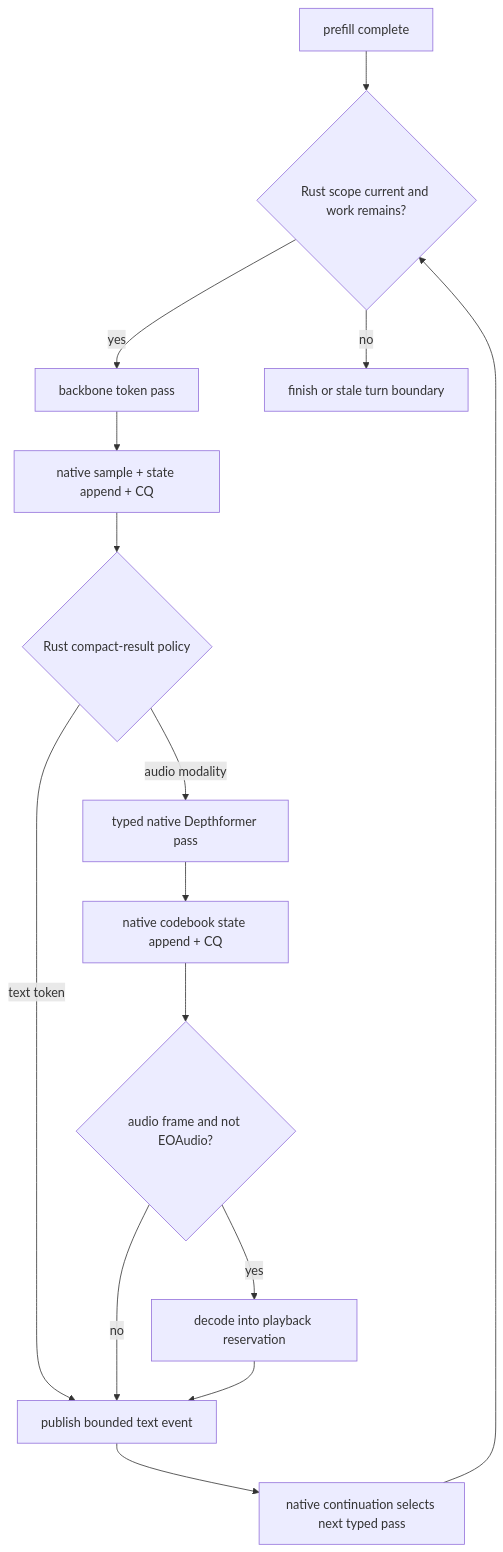
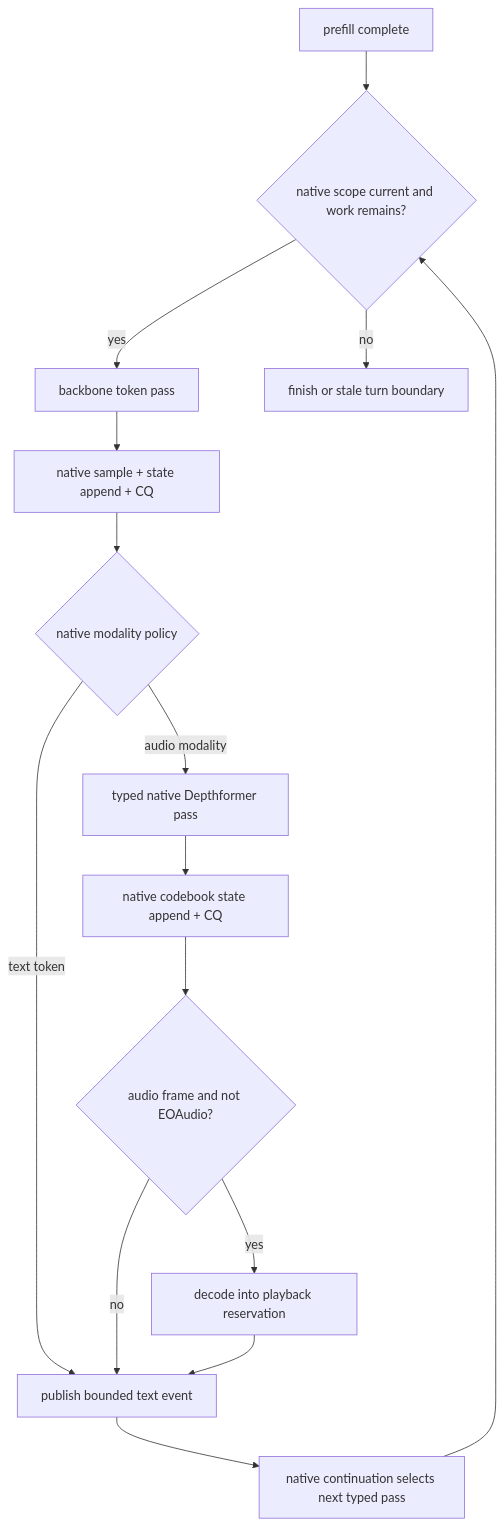
One commit to SolaceHarmony/emberharmony changed the third of 3 diagrams in specs/11-kcoro-native-migration/07-conversation-prefill-generation-and-codec.md. Above: the diagram before and after it, drawn with Mermaid. The commit also changed other lines of this file and 50 other files, not shown here.

````diff
--- a/specs/11-kcoro-native-migration/07-conversation-prefill-generation-and-codec.md
+++ b/specs/11-kcoro-native-migration/07-conversation-prefill-generation-and-codec.md
@@ -263,17 +263,17 @@
 ```mermaid
 flowchart TD
-    READY["prefill complete"] --> DOOR{"Rust scope current and work remains?"}
+    READY["prefill complete"] --> DOOR{"native scope current and work remains?"}
     DOOR -->|yes| TOKEN["backbone token pass"]
     DOOR -->|no| CLOSE["finish or stale turn boundary"]
     TOKEN --> COMPLETE["native sample + state append + CQ"]
-    COMPLETE --> MODE{"Rust compact-result policy"}
+    COMPLETE --> MODE{"native modality policy"}
     MODE -->|text token| EVENT["publish bounded text event"]
     MODE -->|audio modality| DEPTH["typed native Depthformer pass"]
     DEPTH --> APPEND["native codebook state append + CQ"]
     APPEND --> CODEC{"audio frame and not EOAudio?"}
     CODEC -->|yes| PCM["decode into playback reservation"]
     CODEC -->|no| EVENT
     PCM --> EVENT
     EVENT --> NEXT["native continuation selects next typed pass"]
     NEXT --> DOOR
 ```
````
